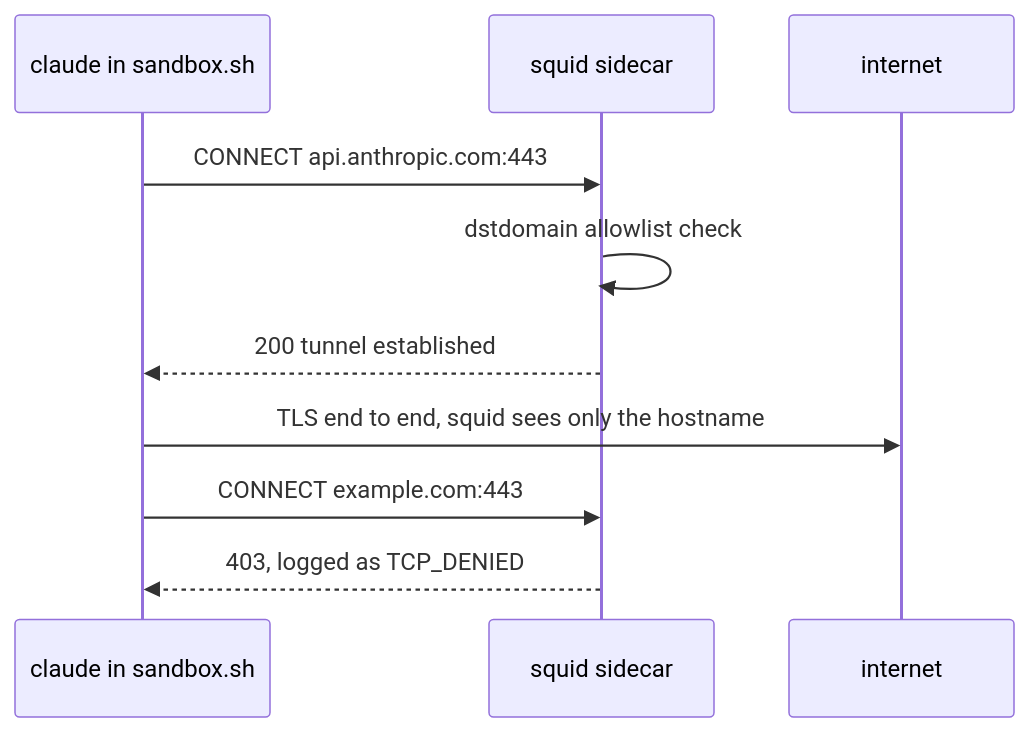
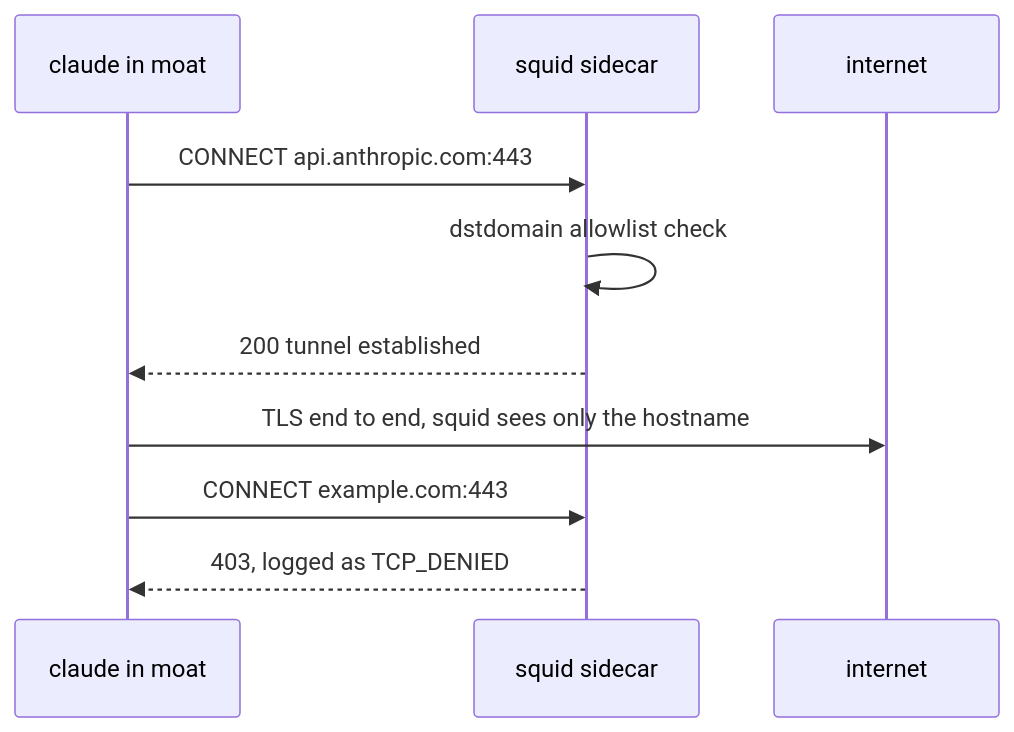
Before and after one commit to marhaasa/eredo: the fourth of 7 diagrams in ARCHITECTURE.md, drawn with Mermaid. The commit also changed other lines of this file and 14 other files, not shown here.

````diff
--- a/ARCHITECTURE.md
+++ b/ARCHITECTURE.md
@@ -104,12 +104,12 @@
 ```mermaid
 sequenceDiagram
-  participant C as claude in sandbox.sh
+  participant C as claude in moat
   participant S as squid sidecar
   participant I as internet
   C->>S: CONNECT api.anthropic.com:443
   S->>S: dstdomain allowlist check
   S-->>C: 200 tunnel established
   C->>I: TLS end to end, squid sees only the hostname
   C->>S: CONNECT example.com:443
   S-->>C: 403, logged as TCP_DENIED
 ```
````
